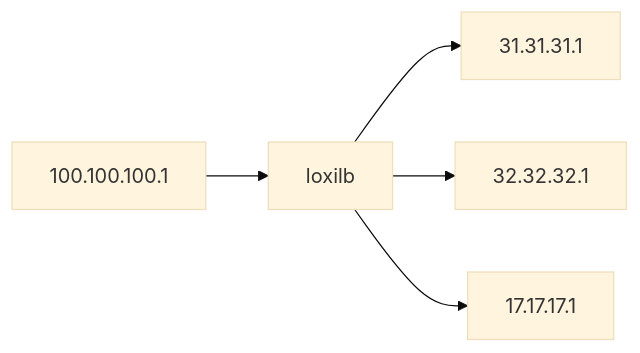
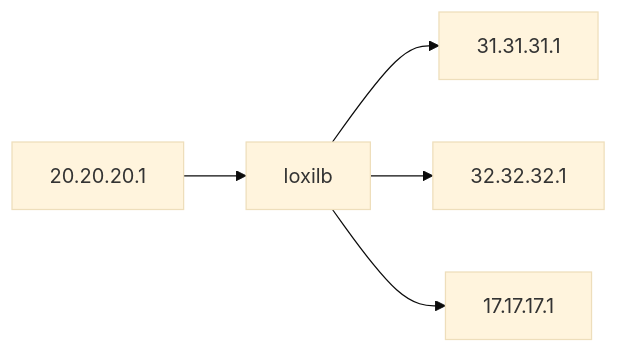
One commit to loxilb-io/loxilbdocs changed the first of 2 diagrams in docs/perf.md. Above: the diagram before and after it, drawn with Mermaid (base theme). The commit also changed other lines of this file, not shown here.

````diff
--- a/docs/perf.md
+++ b/docs/perf.md
@@ -15,7 +15,7 @@
 ```mermaid
 graph LR;
-    A[100.100.100.1]-->B[loxilb];
+    A[20.20.20.1]-->B[loxilb];
     B-->C[31.31.31.1];
     B-->D[32.32.32.1];
     B-->E[17.17.17.1];
 ```
````
